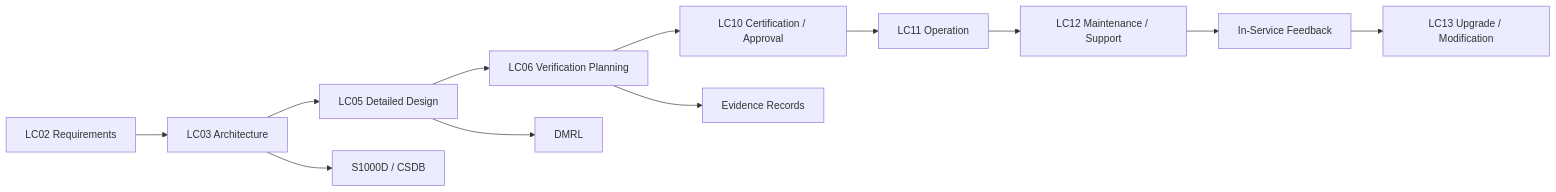
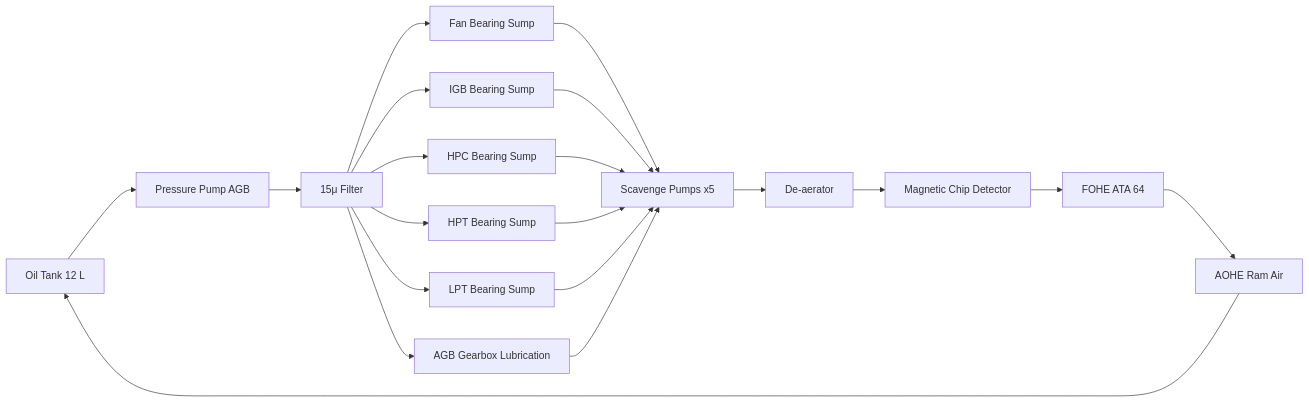
Before and after one commit to AmedeoPelliccia/Qplus-For-All-Queer-People-and-Quantum: the diagram in Q+ATLANTIDE/000-099_ATLAS/060-069_Propulsion-Tradicional/069_Exhaust-Oil-and-Starting/069-020-Oil-Storage-and-Distribution.md, drawn with Mermaid. The commit also changed other lines of this file and 19 other files, not shown here.

````diff
--- a/Q+ATLANTIDE/000-099_ATLAS/060-069_Propulsion-Tradicional/069_Exhaust-Oil-and-Starting/069-020-Oil-Storage-and-Distribution.md
+++ b/Q+ATLANTIDE/000-099_ATLAS/060-069_Propulsion-Tradicional/069_Exhaust-Oil-and-Starting/069-020-Oil-Storage-and-Distribution.md
@@ -192,15 +62,17 @@
 ```mermaid
 flowchart LR
-    LC02[LC02 Requirements] --> LC03[LC03 Architecture]
-    LC03 --> LC05[LC05 Detailed Design]
-    LC05 --> LC06[LC06 Verification Planning]
-    LC06 --> LC10[LC10 Certification / Approval]
-    LC10 --> LC11[LC11 Operation]
-    LC11 --> LC12[LC12 Maintenance / Support]
-
-    LC03 --> CSDB[S1000D / CSDB]
-    LC05 --> DMRL[DMRL]
-    LC06 --> EVID[Evidence Records]
-    LC12 --> FEEDBACK[In-Service Feedback]
-    FEEDBACK --> LC13[LC13 Upgrade / Modification]
+    TANK[Oil Tank 12 L] --> PRESS_PUMP[Pressure Pump AGB]
+    PRESS_PUMP --> FILTER[15μ Filter]
+    FILTER --> FAN_BRG[Fan Bearing Sump]
+    FILTER --> INT_BRG[IGB Bearing Sump]
+    FILTER --> HPC_BRG[HPC Bearing Sump]
+    FILTER --> HPT_BRG[HPT Bearing Sump]
+    FILTER --> LPT_BRG[LPT Bearing Sump]
+    FILTER --> AGB_LUB[AGB Gearbox Lubrication]
+    FAN_BRG & INT_BRG & HPC_BRG & HPT_BRG & LPT_BRG & AGB_LUB --> SCAV[Scavenge Pumps x5]
+    SCAV --> DEAER[De-aerator]
+    DEAER --> MCD[Magnetic Chip Detector]
+    MCD --> FOHE[FOHE ATA 64]
+    FOHE --> AOHE[AOHE Ram Air]
+    AOHE --> TANK
 ```
````
